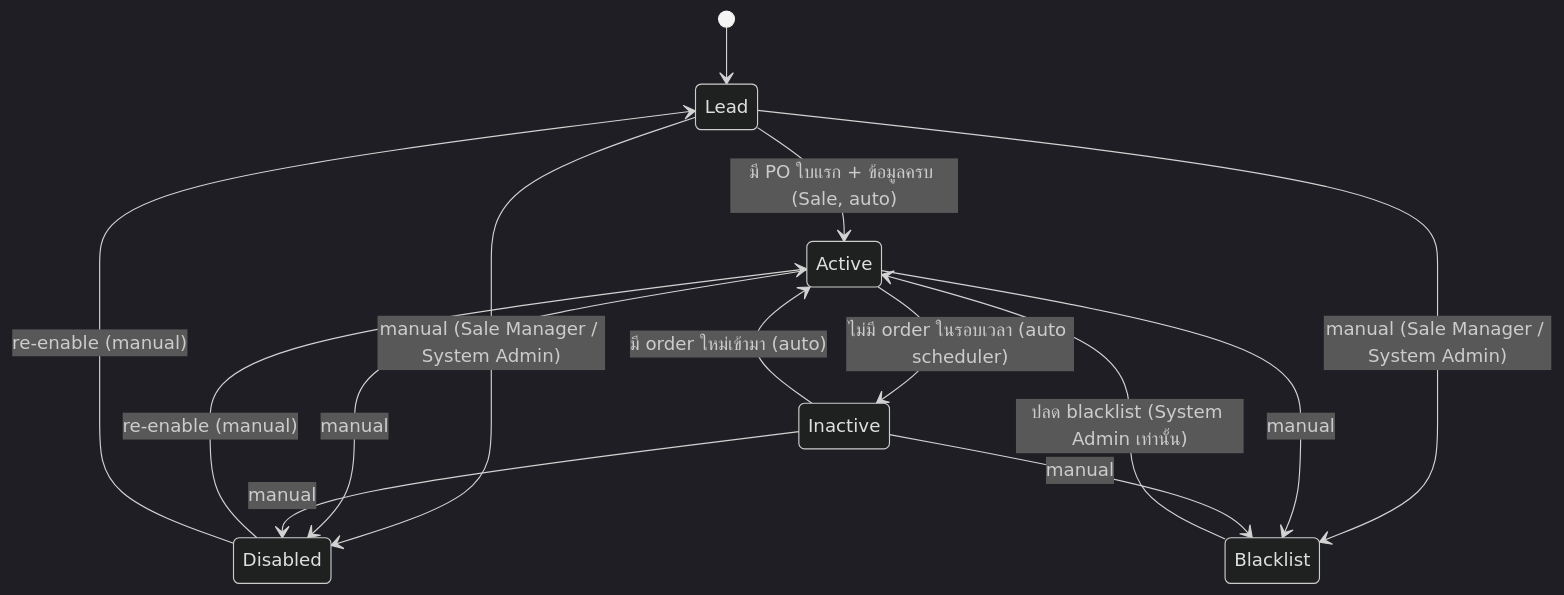
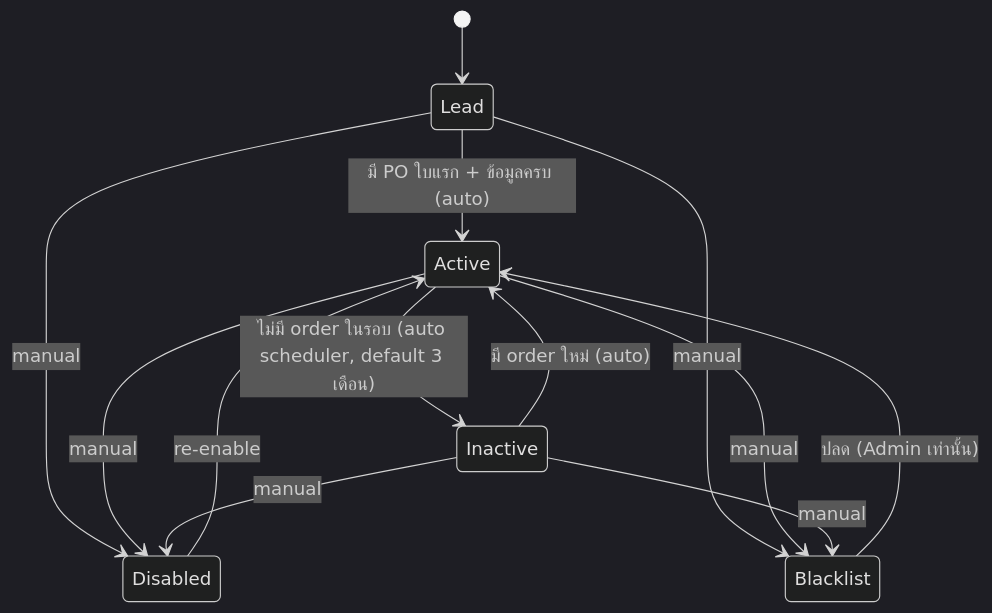
One commit to sitthi-phat/erp-cosmetics-manufacturing-module changed the first of 7 diagrams in docs/requirements/erp-v2-ui-first/status-journeys.md. Above: the diagram before and after it, drawn with Mermaid (dark theme). The commit also changed other lines of this file and 3 other files, not shown here.

````diff
--- a/docs/requirements/erp-v2-ui-first/status-journeys.md
+++ b/docs/requirements/erp-v2-ui-first/status-journeys.md
@@ -26,16 +26,15 @@
 ```mermaid
 stateDiagram-v2
     [*] --> Lead
-    Lead --> Active: มี PO ใบแรก + ข้อมูลครบ (Sale, auto)
-    Active --> Inactive: ไม่มี order ในรอบเวลา (auto scheduler)
-    Inactive --> Active: มี order ใหม่เข้ามา (auto)
-    Lead --> Disabled: manual (Sale Manager / System Admin)
+    Lead --> Active: มี PO ใบแรก + ข้อมูลครบ (auto)
+    Active --> Inactive: ไม่มี order ในรอบ (auto scheduler, default 3 เดือน)
+    Inactive --> Active: มี order ใหม่ (auto)
+    Lead --> Disabled: manual
     Active --> Disabled: manual
     Inactive --> Disabled: manual
-    Lead --> Blacklist: manual (Sale Manager / System Admin)
+    Lead --> Blacklist: manual
     Active --> Blacklist: manual
     Inactive --> Blacklist: manual
-    Disabled --> Active: re-enable (manual)
-    Disabled --> Lead: re-enable (manual)
-    Blacklist --> Active: ปลด blacklist (System Admin เท่านั้น)
+    Disabled --> Active: re-enable
+    Blacklist --> Active: ปลด (Admin เท่านั้น)
 ```
````
